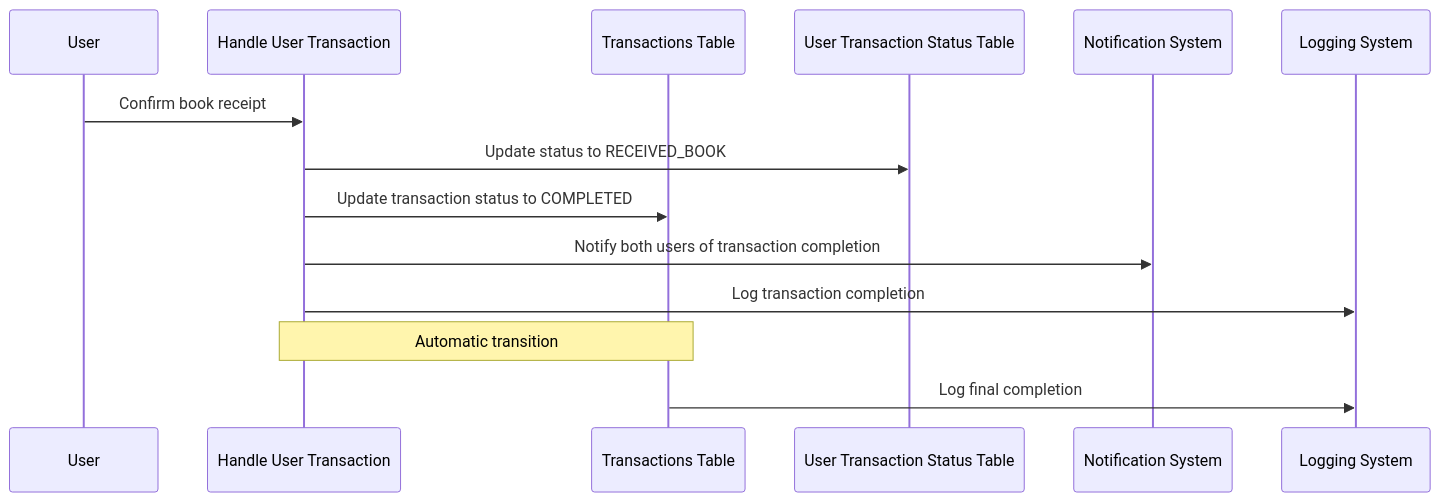
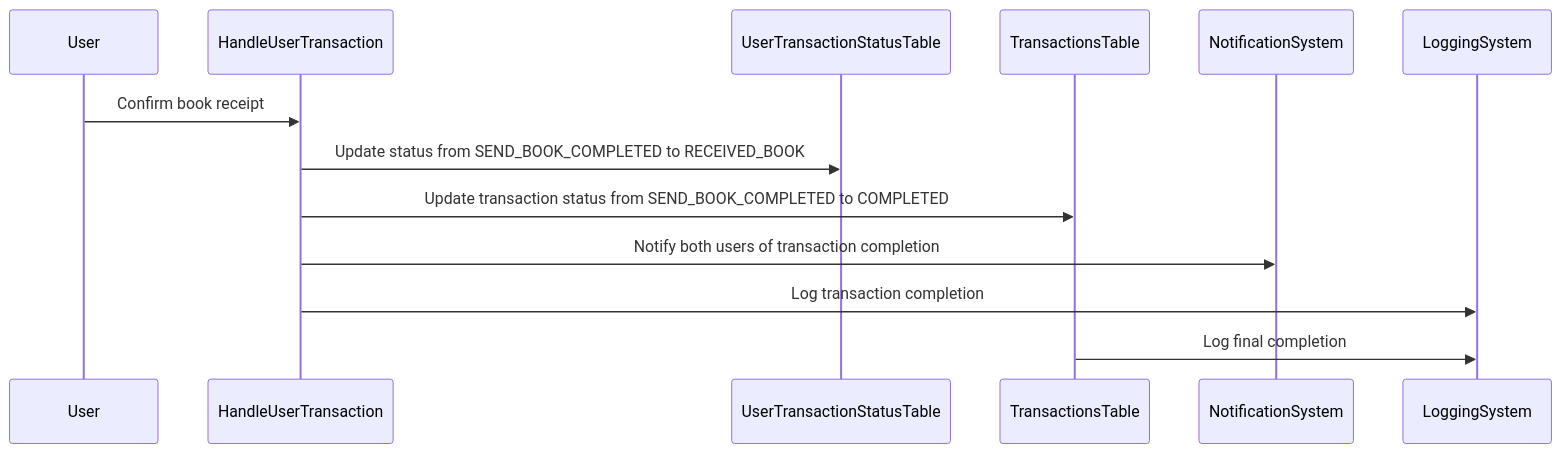
The tenth of 11 diagrams in documents/Exchange.flow.md (Loknong/book-exchange), drawn with Mermaid before and after one commit. The commit also changed other lines of this file and 1 other file, not shown here.

````diff
--- a/documents/Exchange.flow.md
+++ b/documents/Exchange.flow.md
@@ -304,18 +310,18 @@
 ```mermaid
 sequenceDiagram
-    participant User
-    participant HandleUserTransaction as Handle User Transaction
-    participant TransactionsTable as Transactions Table
-    participant UserTransactionStatusTable as User Transaction Status Table
-    participant NotificationSystem as Notification System
-    participant LoggingSystem as Logging System
+    %% participant User
+    %% participant HandleUserTransaction as Handle User Transaction
+    %% participant TransactionsTable as Transactions Table
+    %% participant UserTransactionStatusTable as User Transaction Status Table
+    %% participant NotificationSystem as Notification System
+    %% participant LoggingSystem as Logging System
 
-    User->>HandleUserTransaction: Confirm book receipt
-    HandleUserTransaction->>UserTransactionStatusTable: Update status to RECEIVED_BOOK
-    HandleUserTransaction->>TransactionsTable: Update transaction status to COMPLETED
+   User->>HandleUserTransaction: Confirm book receipt
+    HandleUserTransaction->>UserTransactionStatusTable: Update status from SEND_BOOK_COMPLETED to RECEIVED_BOOK
+    HandleUserTransaction->>TransactionsTable: Update transaction status from SEND_BOOK_COMPLETED to COMPLETED
     HandleUserTransaction->>NotificationSystem: Notify both users of transaction completion
     HandleUserTransaction->>LoggingSystem: Log transaction completion
 
-    note over HandleUserTransaction, TransactionsTable: Automatic transition
     TransactionsTable->>LoggingSystem: Log final completion
+
 ```
````
